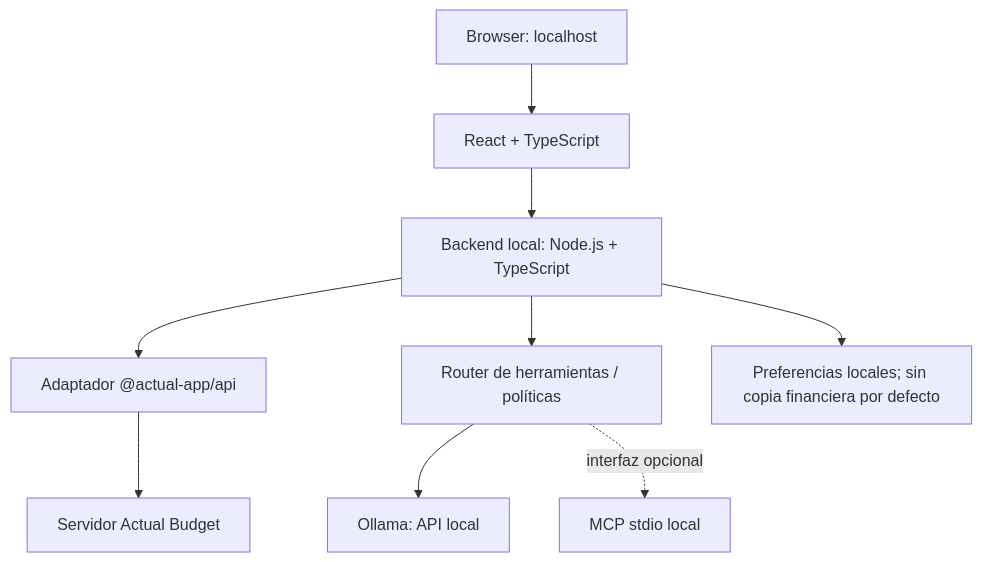
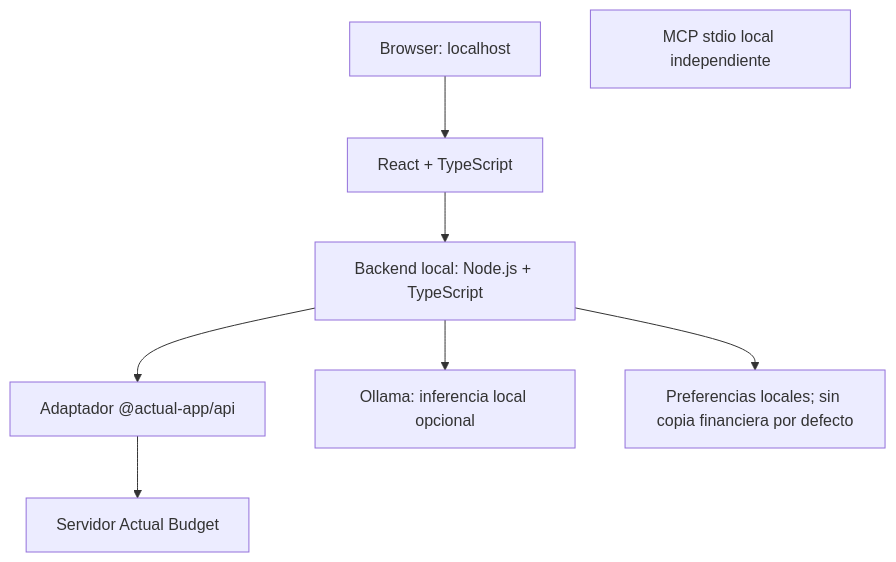
Before and after one commit to miguel-np/personal-budget: the diagram in docs/architecture.md, drawn with Mermaid. The commit also changed other lines of this file and 3 other files, not shown here.

````diff
--- a/docs/architecture.md
+++ b/docs/architecture.md
@@ -7,11 +7,10 @@
 ```mermaid
 flowchart TD
   U[Browser: localhost] --> W[React + TypeScript]
   W --> B[Backend local: Node.js + TypeScript]
   B --> A[Adaptador @actual-app/api]
   A --> AB[Servidor Actual Budget]
-  B --> T[Router de herramientas / políticas]
-  T --> O[Ollama: API local]
-  T -. interfaz opcional .-> M[MCP stdio local]
+  B --> O[Ollama: inferencia local opcional]
+  M[MCP stdio local independiente]
   B --> P[Preferencias locales; sin copia financiera por defecto]
 ```
````
